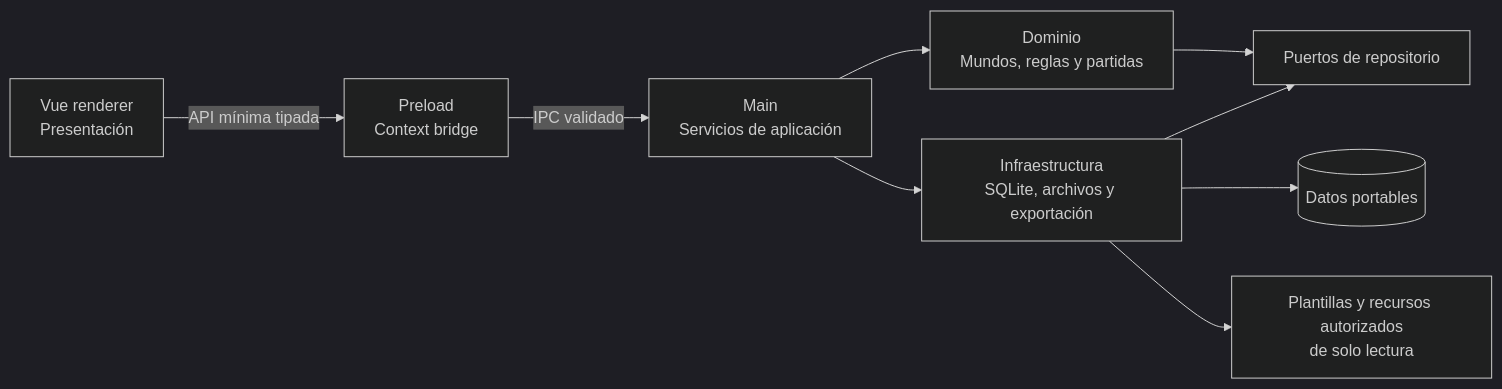
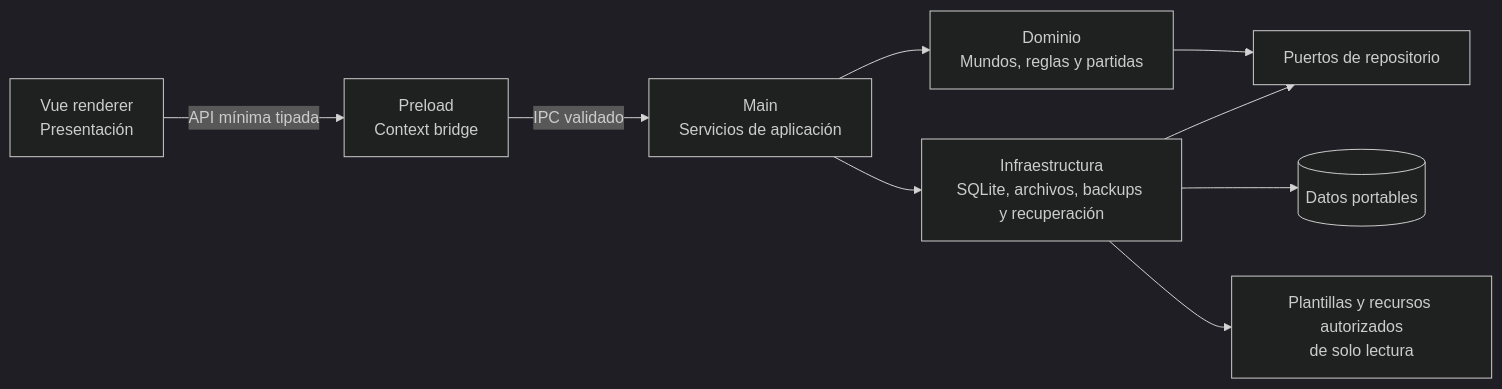
The diagram in docs/ARCHITECTURE.md (JavierGarciaCortes/Fatebound), drawn with Mermaid (dark theme) before and after one commit. The commit also changed other lines of this file and 20 other files, not shown here.

````diff
--- a/docs/ARCHITECTURE.md
+++ b/docs/ARCHITECTURE.md
@@ -42,11 +42,11 @@
 ```mermaid
 flowchart LR
     UI[Vue renderer\nPresentación] -->|API mínima tipada| PRE[Preload\nContext bridge]
     PRE -->|IPC validado| APP[Main\nServicios de aplicación]
     APP --> DOM[Dominio\nMundos, reglas y partidas]
-    APP --> INF[Infraestructura\nSQLite, archivos y exportación]
+    APP --> INF[Infraestructura\nSQLite, archivos, backups y recuperación]
     DOM --> PORTS[Puertos de repositorio]
     INF --> PORTS
     INF --> DATA[(Datos portables)]
     INF --> BUILTIN[Plantillas y recursos autorizados\nde solo lectura]
 ```
````
